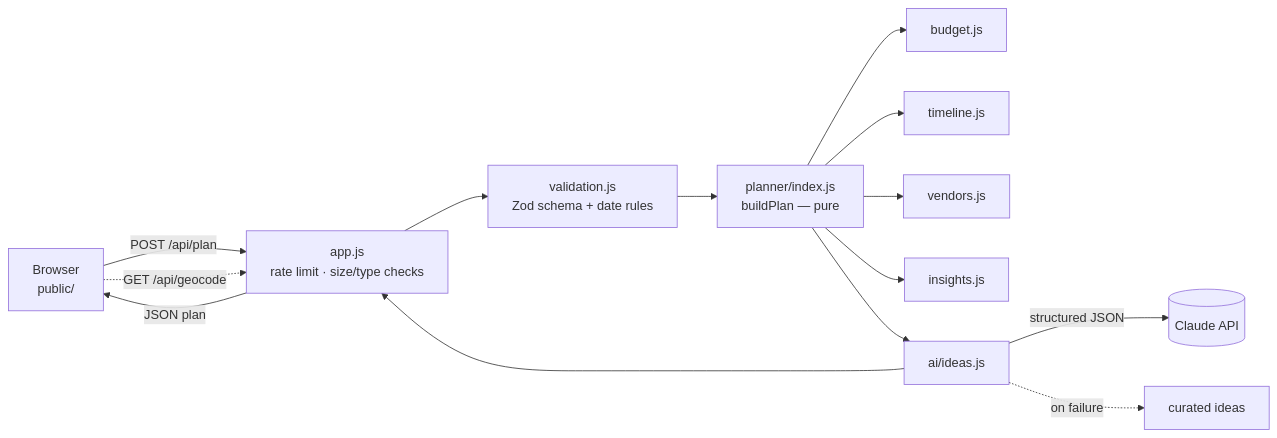
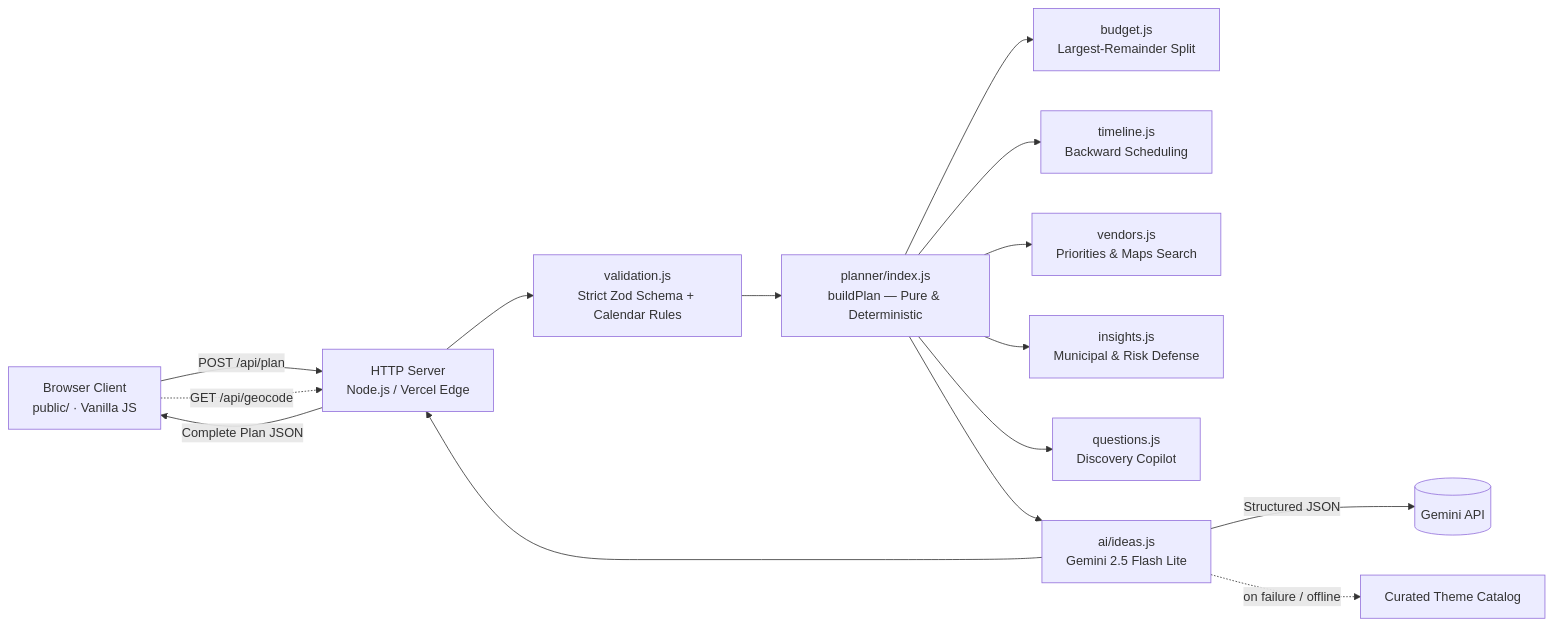
The diagram in README.md (seeramsujay/event-manager), drawn with Mermaid before and after one commit. The commit also changed other lines of this file, not shown here.

Commit message:
docs: boastful showcase readme with architecture, live demo, and feature breakdown

````diff
--- a/README.md
+++ b/README.md
@@ -92,13 +67,17 @@
 ```mermaid
 flowchart LR
-  B[Browser<br/>public/] -- POST /api/plan --> A[app.js<br/>rate limit · size/type checks]
+  B[Browser Client<br/>public/ · Vanilla JS] -- POST /api/plan --> A[HTTP Server<br/>Node.js / Vercel Edge]
   B -. GET /api/geocode .-> A
-  A --> V[validation.js<br/>Zod schema + date rules]
-  V --> P[planner/index.js<br/>buildPlan — pure]
-  P --> BU[budget.js] & T[timeline.js] & VE[vendors.js] & I[insights.js]
-  P --> AI[ai/ideas.js]
-  AI -- structured JSON --> C[(Claude API)]
-  AI -. on failure .-> CU[curated ideas]
+  A --> V[validation.js<br/>Strict Zod Schema + Calendar Rules]
+  V --> P[planner/index.js<br/>buildPlan — Pure & Deterministic]
+  P --> BU[budget.js<br/>Largest-Remainder Split]
+  P --> T[timeline.js<br/>Backward Scheduling]
+  P --> VE[vendors.js<br/>Priorities & Maps Search]
+  P --> I[insights.js<br/>Municipal & Risk Defense]
+  P --> Q[questions.js<br/>Discovery Copilot]
+  P --> AI[ai/ideas.js<br/>Gemini 2.5 Flash Lite]
+  AI -- Structured JSON --> G[(Gemini API)]
+  AI -. on failure / offline .-> CU[Curated Theme Catalog]
   AI --> A
-  A -- JSON plan --> B
+  A -- Complete Plan JSON --> B
 ```
````
